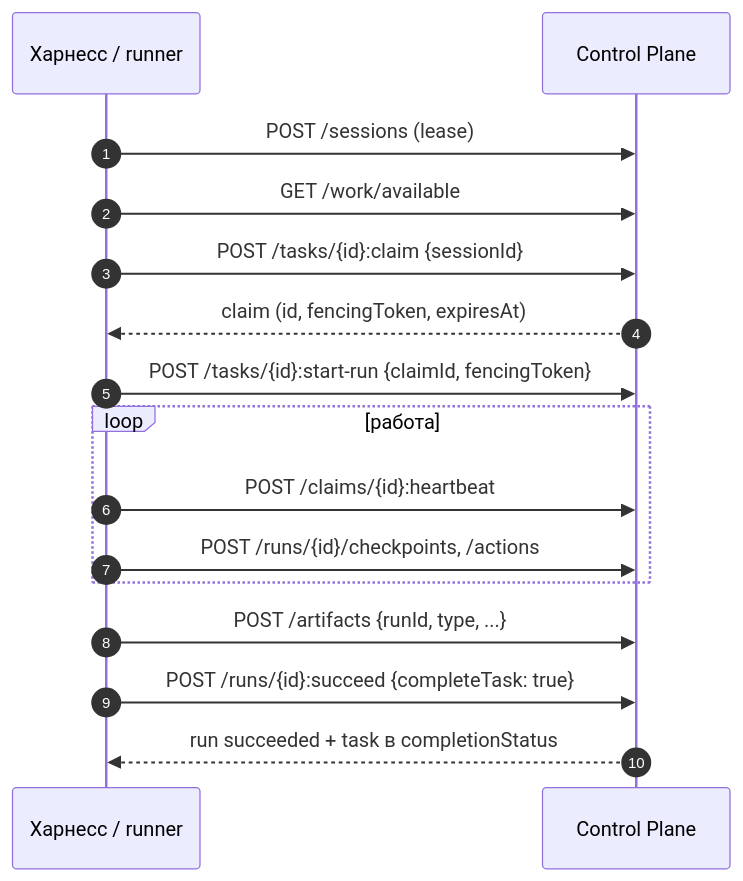
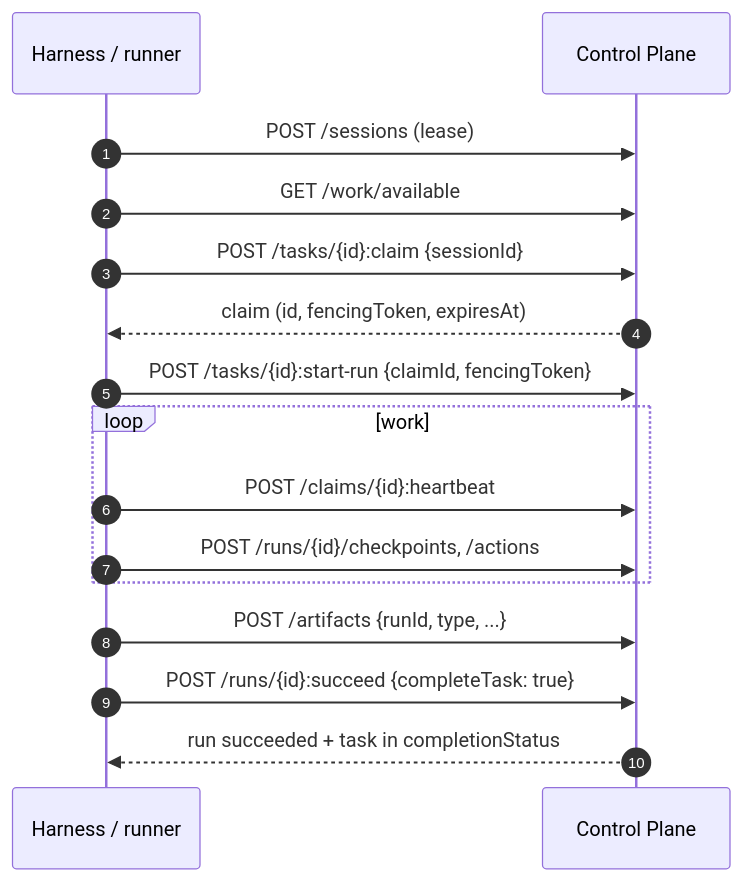
The second of 2 diagrams in guide/docs/control-plane/index.md (monthu56/taimen), drawn with Mermaid before and after one commit. The commit also changed other lines of this file and 183 other files, not shown here.

````diff
--- a/guide/docs/control-plane/index.md
+++ b/guide/docs/control-plane/index.md
@@ -174,18 +175,18 @@
 ```mermaid
 sequenceDiagram
     autonumber
-    participant C as Харнесс / runner
+    participant C as Harness / runner
     participant CP as Control Plane
     C->>CP: POST /sessions (lease)
     C->>CP: GET /work/available
     C->>CP: POST /tasks/{id}:claim {sessionId}
     CP-->>C: claim (id, fencingToken, expiresAt)
     C->>CP: POST /tasks/{id}:start-run {claimId, fencingToken}
-    loop работа
+    loop work
         C->>CP: POST /claims/{id}:heartbeat
         C->>CP: POST /runs/{id}/checkpoints, /actions
     end
     C->>CP: POST /artifacts {runId, type, ...}
     C->>CP: POST /runs/{id}:succeed {completeTask: true}
-    CP-->>C: run succeeded + task в completionStatus
+    CP-->>C: run succeeded + task in completionStatus
 ```
````
